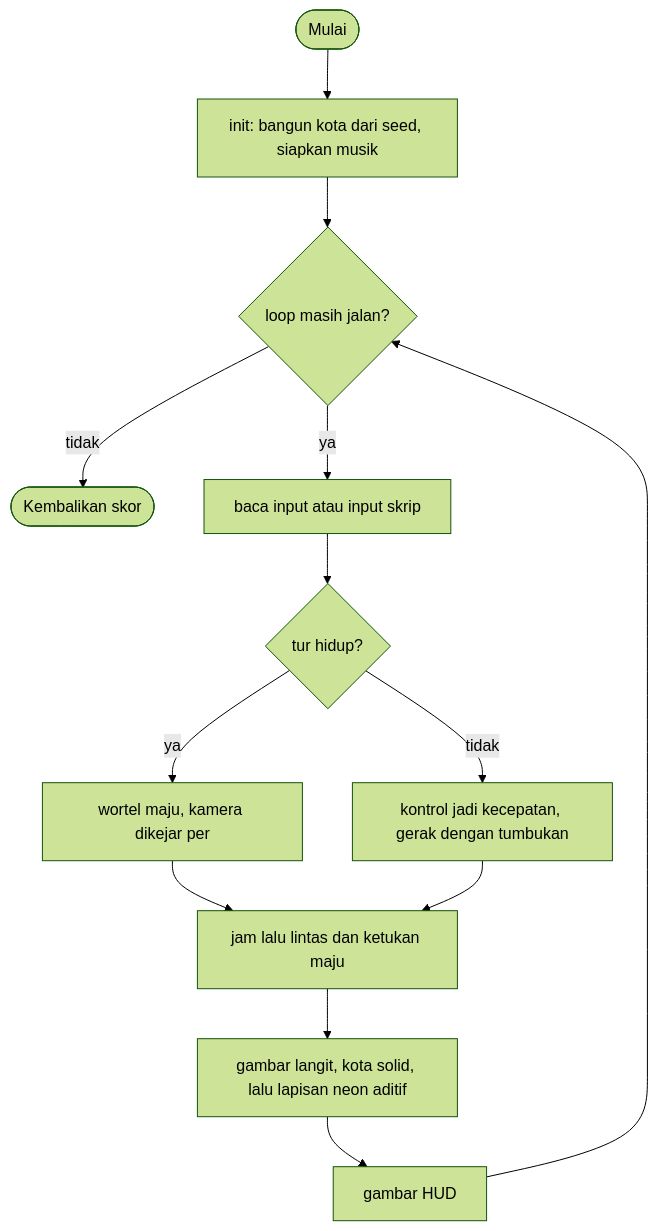
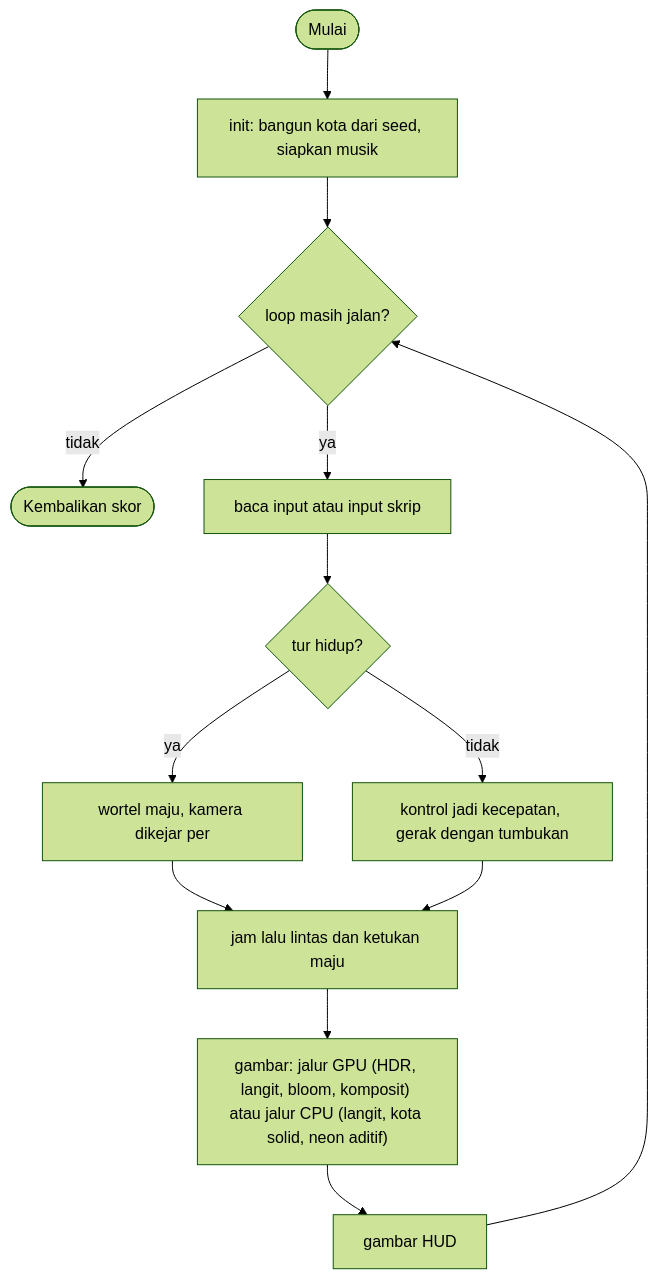
One commit to zaxx-q/arCade changed the diagram in deferred/synthwave_city/GAME.md. Above: the diagram before and after it, drawn with Mermaid (forest theme). The commit also changed other lines of this file and 106 other files, not shown here.

````diff
--- a/deferred/synthwave_city/GAME.md
+++ b/deferred/synthwave_city/GAME.md
@@ -176,15 +275,15 @@
 ```mermaid
 flowchart TD
     A([Mulai]) --> B["init: bangun kota dari seed, siapkan musik"]
     B --> C{"loop masih jalan?"}
     C -- tidak --> Z([Kembalikan skor])
     C -- ya --> D[baca input atau input skrip]
     D --> E{"tur hidup?"}
     E -- ya --> F["wortel maju, kamera dikejar per"]
     E -- tidak --> G["kontrol jadi kecepatan, gerak dengan tumbukan"]
     F --> H["jam lalu lintas dan ketukan maju"]
     G --> H
-    H --> I["gambar langit, kota solid, lalu lapisan neon aditif"]
+    H --> I["gambar: jalur GPU (HDR, langit, bloom, komposit) atau jalur CPU (langit, kota solid, neon aditif)"]
     I --> J[gambar HUD]
     J --> C
 ```
````
